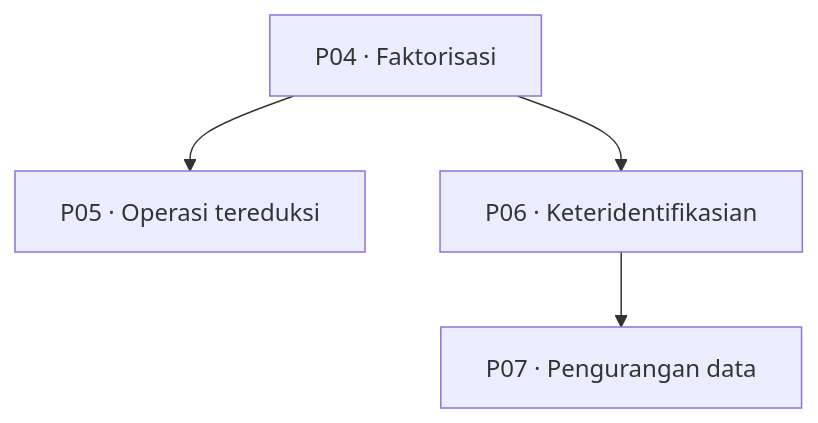
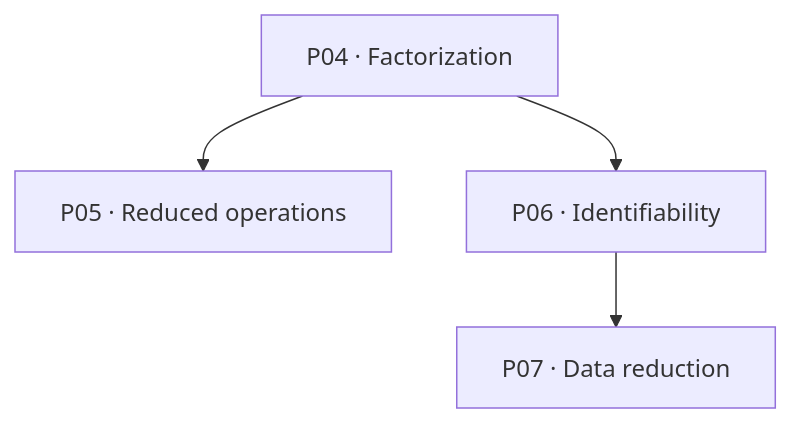
One commit to arsafiqri-aybi/kinesis changed the diagram in README.md. Above: the diagram before and after it, drawn with Mermaid. The commit also changed other lines of this file and 29 other files, not shown here.

Commit message:
Translate the complete knowledge library and graph into English

````diff
--- a/README.md
+++ b/README.md
@@ -44,6 +44,6 @@
-~~~mermaid
+```mermaid
 flowchart TD
-    P04["P04 · Faktorisasi"] --> P05["P05 · Operasi tereduksi"]
-    P04 --> P06["P06 · Keteridentifikasian"]
-    P06 --> P07["P07 · Pengurangan data"]
-~~~
+    P04["P04 · Factorization"] --> P05["P05 · Reduced operations"]
+    P04 --> P06["P06 · Identifiability"]
+    P06 --> P07["P07 · Data reduction"]
+```
````
